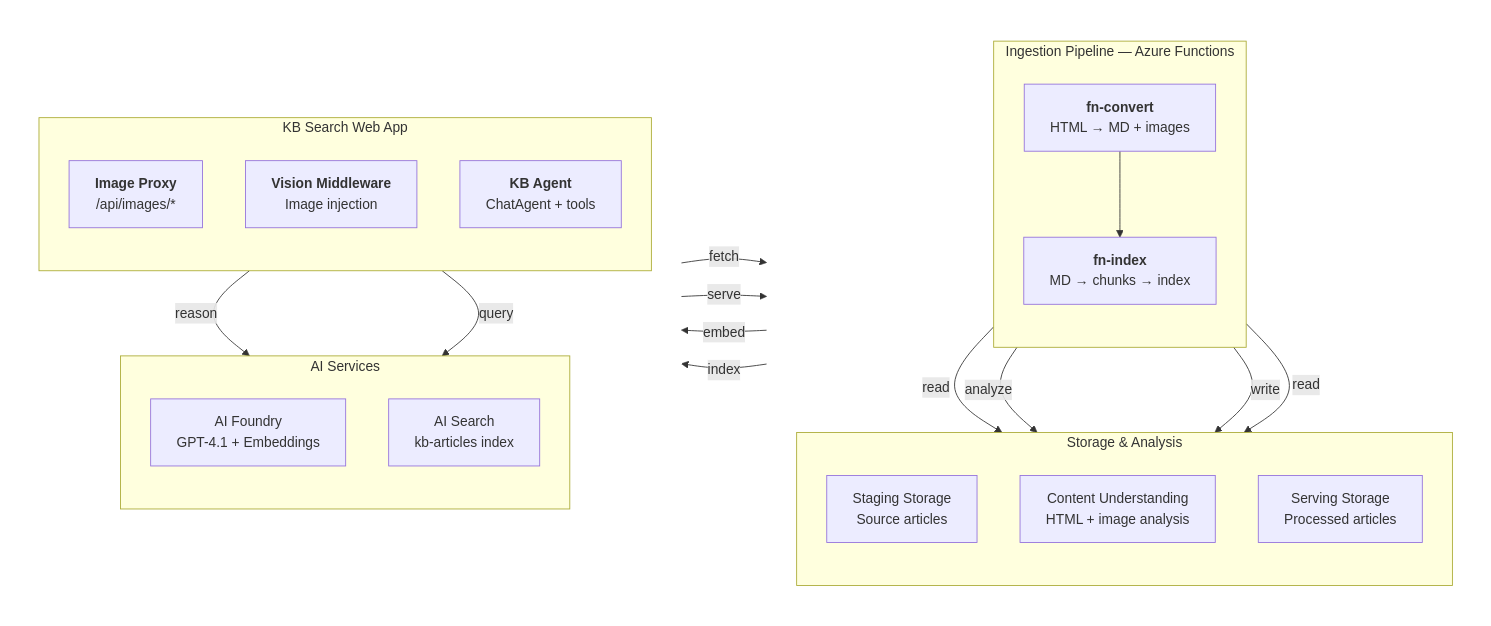
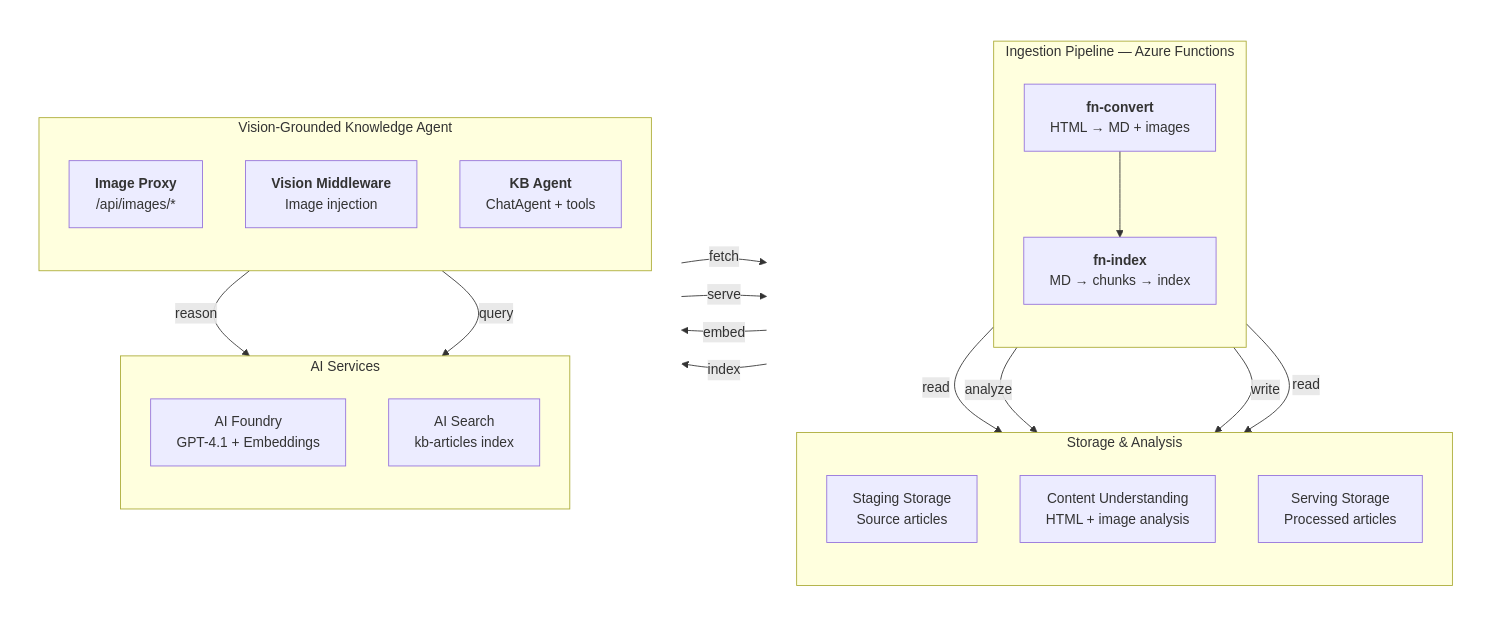
The diagram in README.md (aldelar/context-aware-vision-grounded-kb-agent), drawn with Mermaid before and after one commit. The commit also changed other lines of this file and 11 other files, not shown here.

````diff
--- a/README.md
+++ b/README.md
@@ -80,50 +80,50 @@
 ```mermaid
 flowchart LR
     subgraph left[" "]
         direction TB
         subgraph Pipeline["Ingestion Pipeline — Azure Functions"]
             direction TB
             CONV["<b>fn-convert</b><br/>HTML → MD + images"]
             IDX["<b>fn-index</b><br/>MD → chunks → index"]
             CONV --> IDX
         end
         subgraph Sources["Storage & Analysis"]
             direction TB
             SA1["Staging Storage<br/>Source articles"]
             CU["Content Understanding<br/>HTML + image analysis"]
             SA2["Serving Storage<br/>Processed articles"]
         end
     end
 
     subgraph right[" "]
         direction TB
         subgraph Center["AI Services"]
             direction TB
             AF["AI Foundry<br/>GPT-4.1 + Embeddings"]
             AIS["AI Search<br/>kb-articles index"]
         end
-        subgraph App["KB Search Web App"]
+        subgraph App["Vision-Grounded Knowledge Agent"]
             direction TB
             PROXY["<b>Image Proxy</b><br/>/api/images/*"]
             VIS["<b>Vision Middleware</b><br/>Image injection"]
             AGENT["<b>KB Agent</b><br/>ChatAgent + tools"]
         end
     end
 
     CONV -->|read| SA1
     CONV -->|analyze| CU
     CONV -->|write| SA2
     IDX -->|read| SA2
 
     IDX -->|embed| AF
     IDX -->|index| AIS
 
     AGENT -->|reason| AF
     AGENT -->|query| AIS
 
     VIS -->|fetch| SA2
     PROXY -->|serve| SA2
 
     classDef invisible fill:none,stroke:none;
     class left,right invisible;
 ```
````
